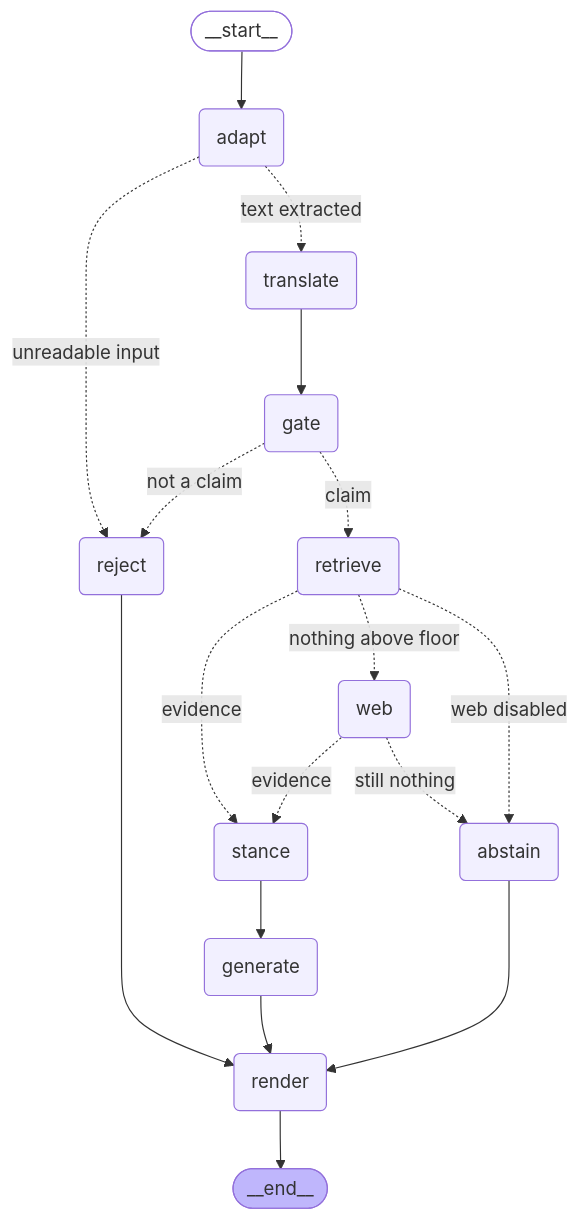
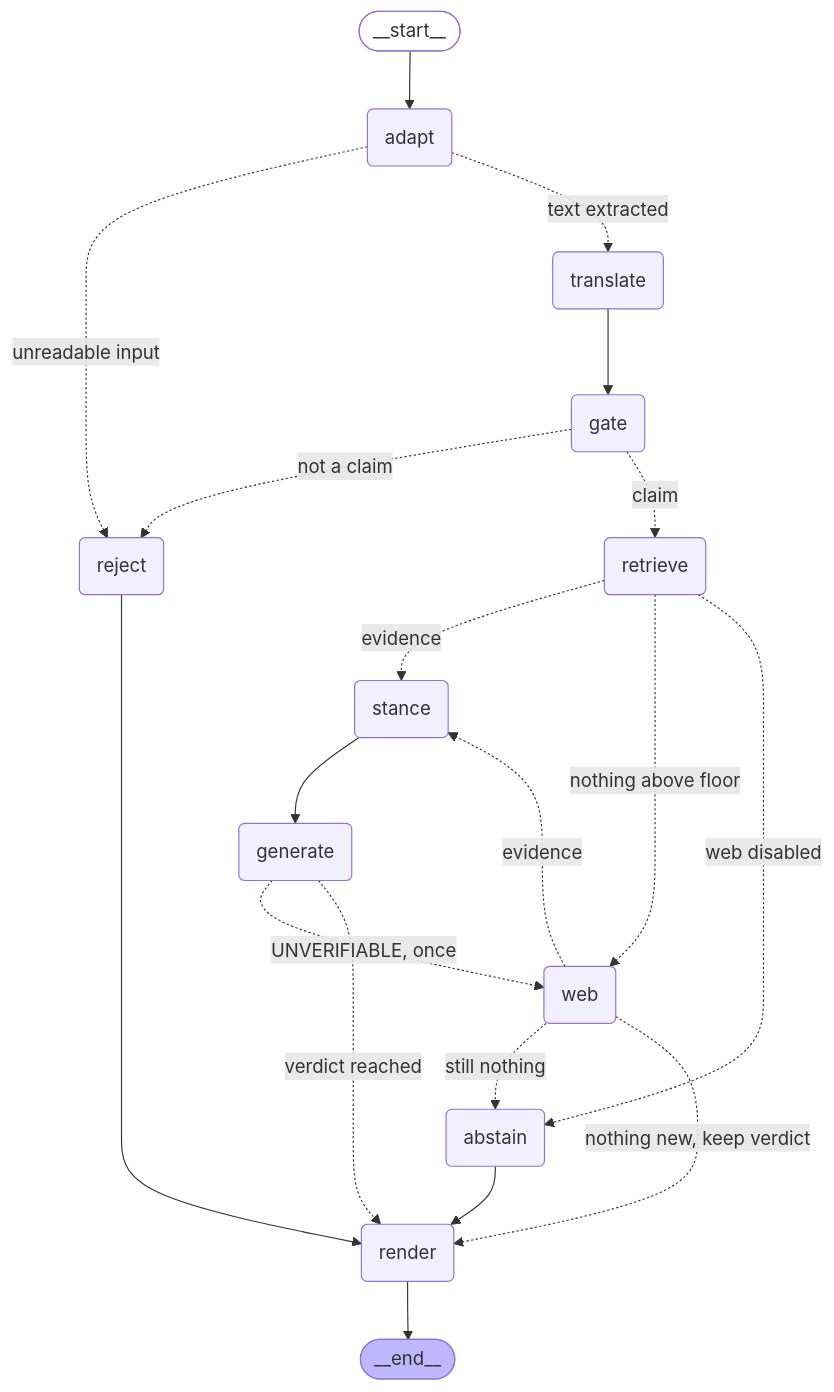
Before and after one commit to nitish2k27/multi-hop-claim--verification1: the diagram in README.md, drawn with Mermaid. The commit also changed other lines of this file and 6 other files, not shown here.

First line of the commit message:
Escalate an UNVERIFIABLE verdict to web search, once

````diff
--- a/README.md
+++ b/README.md
@@ -214,34 +249,36 @@
 ```mermaid
 graph TD;
 	__start__([__start__]):::first
 	adapt(adapt)
 	translate(translate)
 	gate(gate)
 	retrieve(retrieve)
 	web(web)
 	stance(stance)
 	generate(generate)
 	abstain(abstain)
 	reject(reject)
 	render(render)
 	__end__([__end__]):::last
 	__start__ --> adapt;
 	adapt -.->|unreadable input| reject;
 	adapt -.->|text extracted| translate;
 	translate --> gate;
 	gate -.->|not a claim| reject;
 	gate -.->|claim| retrieve;
 	retrieve -.->|evidence| stance;
 	retrieve -.->|nothing above floor| web;
 	retrieve -.->|web disabled| abstain;
 	web -.->|evidence| stance;
 	web -.->|still nothing| abstain;
+	web -.->|nothing new, keep verdict| render;
 	stance --> generate;
-	generate --> render;
+	generate -.->|UNVERIFIABLE, once| web;
+	generate -.->|verdict reached| render;
 	abstain --> render;
 	reject --> render;
 	render --> __end__;
 	classDef default fill:#f2f0ff,line-height:1.2
 	classDef first fill-opacity:0
 	classDef last fill:#bfb6fc
 ```
````
